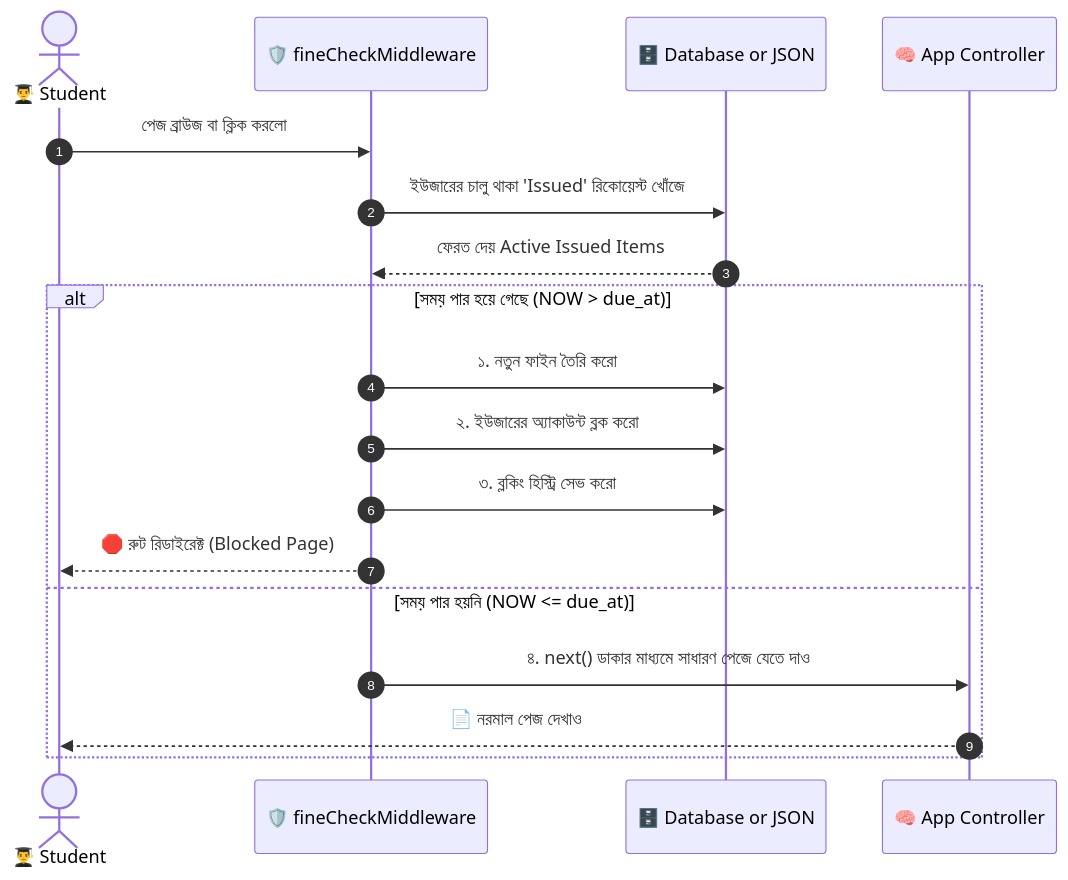
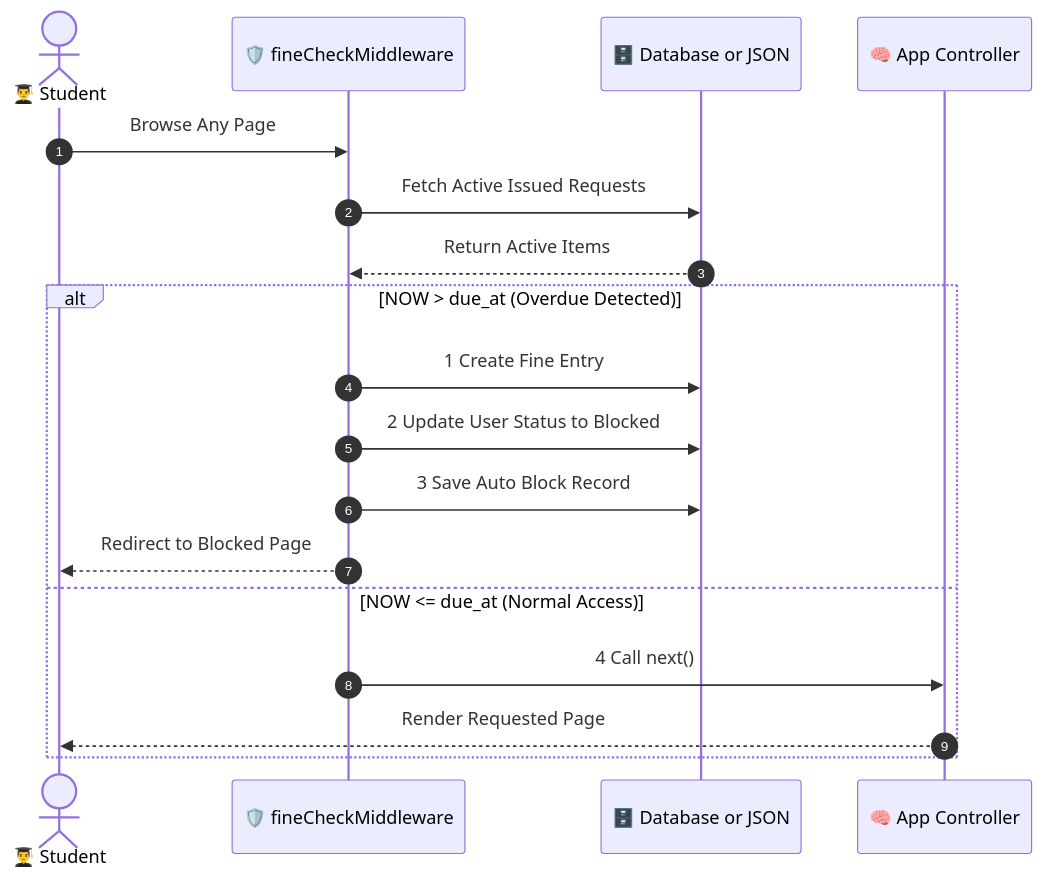
The fourth of 5 diagrams in PROJECT_GUIDE_BN.md (CodeWithPritom/EWUELS-Project), drawn with Mermaid before and after one commit. The commit also changed other lines of this file, not shown here.

````diff
--- a/PROJECT_GUIDE_BN.md
+++ b/PROJECT_GUIDE_BN.md
@@ -120,22 +120,22 @@
 ```mermaid
 sequenceDiagram
     autonumber
     actor Student as 👨‍🎓 Student
     participant Middleware as 🛡️ fineCheckMiddleware
     participant DB as 🗄️ Database or JSON
     participant App as 🧠 App Controller
 
-    Student->>Middleware: পেজ ব্রাউজ বা ক্লিক করলো
-    Middleware->>DB: ইউজারের চালু থাকা 'Issued' রিকোয়েস্ট খোঁজে
-    DB-->>Middleware: ফেরত দেয় Active Issued Items
+    Student->>Middleware: Browse Any Page
+    Middleware->>DB: Fetch Active Issued Requests
+    DB-->>Middleware: Return Active Items
     
-    alt সময় পার হয়ে গেছে (NOW > due_at)
-        Middleware->>DB: ১. নতুন ফাইন তৈরি করো
-        Middleware->>DB: ২. ইউজারের অ্যাকাউন্ট ব্লক করো
-        Middleware->>DB: ৩. ব্লকিং হিস্ট্রি সেভ করো
-        Middleware-->>Student: 🛑 রুট রিডাইরেক্ট (Blocked Page)
-    else সময় পার হয়নি (NOW <= due_at)
-        Middleware->>App: ৪. next() ডাকার মাধ্যমে সাধারণ পেজে যেতে দাও
-        App-->>Student: 📄 নরমাল পেজ দেখাও
+    alt NOW > due_at (Overdue Detected)
+        Middleware->>DB: 1 Create Fine Entry
+        Middleware->>DB: 2 Update User Status to Blocked
+        Middleware->>DB: 3 Save Auto Block Record
+        Middleware-->>Student: Redirect to Blocked Page
+    else NOW <= due_at (Normal Access)
+        Middleware->>App: 4 Call next()
+        App-->>Student: Render Requested Page
     end
 ```
````
